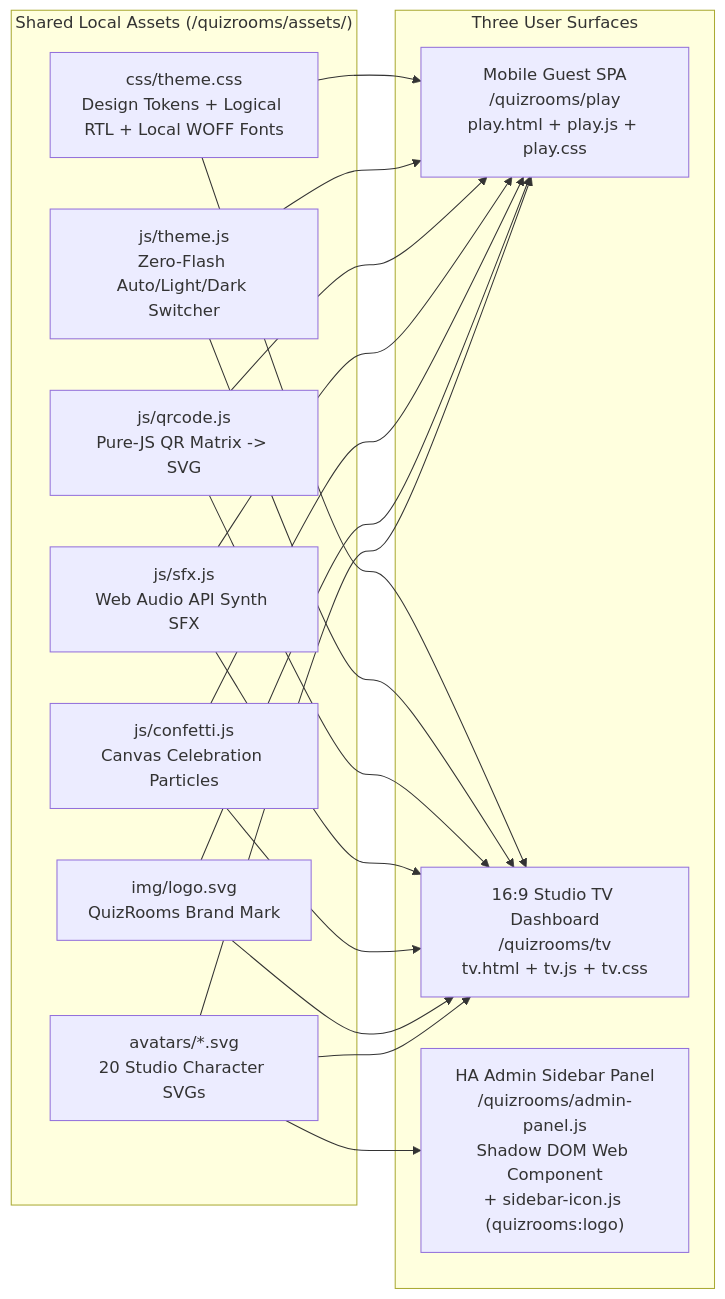
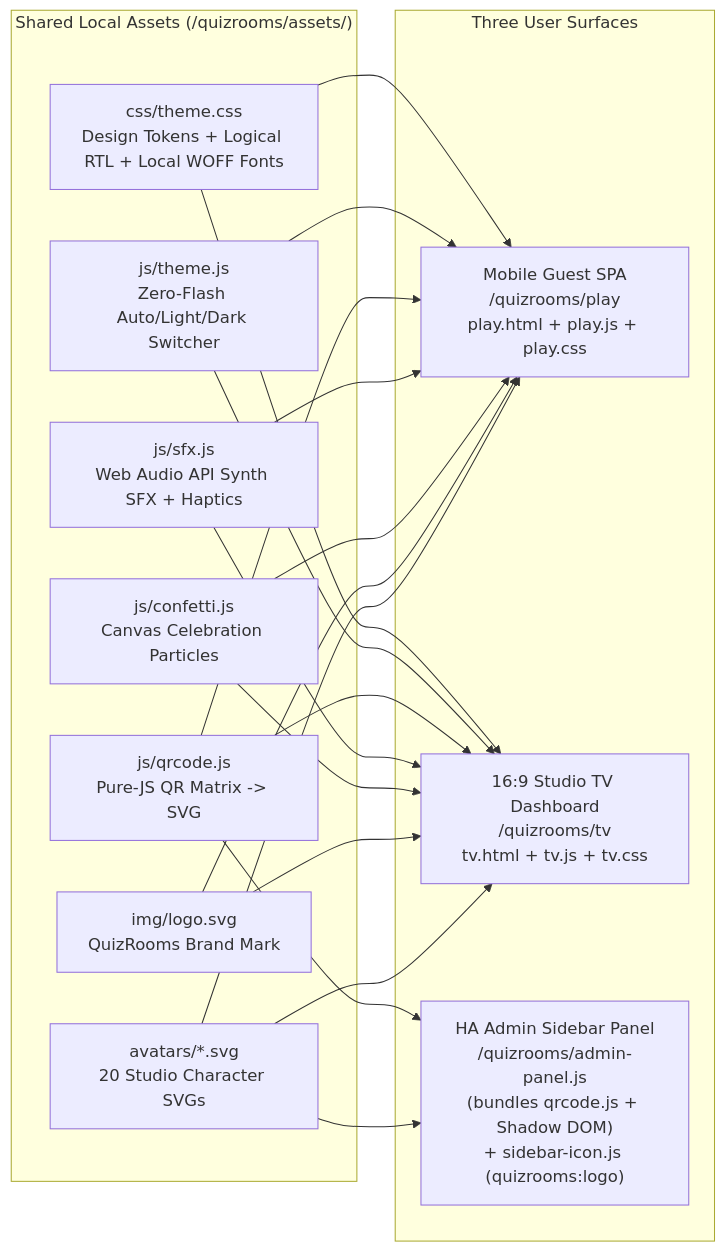
One commit to modestpharaoh/hass-quiz-rooms changed the first of 2 diagrams in docs/FRONTEND_DESIGN.md. Above: the diagram before and after it, drawn with Mermaid. The commit also changed other lines of this file and 13 other files, not shown here.

````diff
--- a/docs/FRONTEND_DESIGN.md
+++ b/docs/FRONTEND_DESIGN.md
@@ -9,34 +9,35 @@
 ```mermaid
 flowchart LR
     subgraph SHARED["Shared Local Assets (/quizrooms/assets/)"]
         THEME["css/theme.css\nDesign Tokens + Logical RTL + Local WOFF Fonts"]
         THEMJS["js/theme.js\nZero-Flash Auto/Light/Dark Switcher"]
         QR["js/qrcode.js\nPure-JS QR Matrix -> SVG"]
-        SFX["js/sfx.js\nWeb Audio API Synth SFX"]
+        SFX["js/sfx.js\nWeb Audio API Synth SFX + Haptics"]
         CONF["js/confetti.js\nCanvas Celebration Particles"]
         LOGO["img/logo.svg\nQuizRooms Brand Mark"]
         AVATARS["avatars/*.svg\n20 Studio Character SVGs"]
     end
 
     subgraph SURFACES["Three User Surfaces"]
         PLAY["Mobile Guest SPA\n/quizrooms/play\nplay.html + play.js + play.css"]
         TV["16:9 Studio TV Dashboard\n/quizrooms/tv\ntv.html + tv.js + tv.css"]
-        ADMIN["HA Admin Sidebar Panel\n/quizrooms/admin-panel.js\nShadow DOM Web Component\n+ sidebar-icon.js (quizrooms:logo)"]
+        ADMIN["HA Admin Sidebar Panel\n/quizrooms/admin-panel.js\n(bundles qrcode.js + Shadow DOM)\n+ sidebar-icon.js (quizrooms:logo)"]
     end
 
     THEME --> PLAY
     THEME --> TV
     THEMJS --> PLAY
     THEMJS --> TV
     QR --> PLAY
     QR --> TV
+    QR --> ADMIN
     SFX --> PLAY
     SFX --> TV
     CONF --> PLAY
     CONF --> TV
     LOGO --> PLAY
     LOGO --> TV
     AVATARS --> PLAY
     AVATARS --> TV
     AVATARS --> ADMIN
 ```
````
